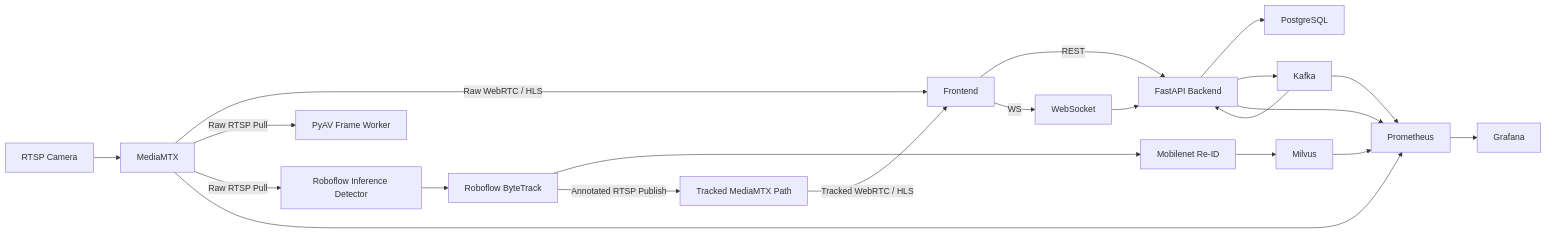
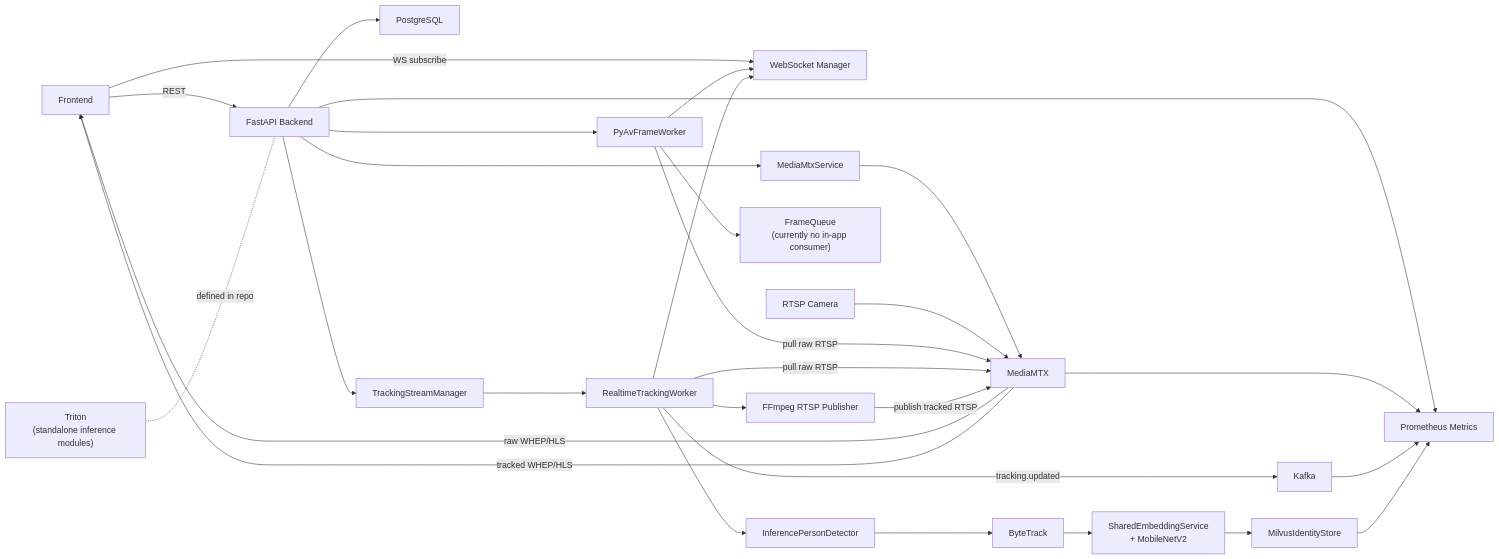
Before and after one commit to Premaramkarthik/Ai-Intelligence-Theft-Detection: the first of 4 diagrams in backend/README.md, drawn with Mermaid. The commit also changed other lines of this file, not shown here.

````diff
--- a/backend/README.md
+++ b/backend/README.md
@@ -42,41 +71,56 @@
 ```mermaid
 flowchart LR
-    Camera["RTSP Camera"]
     Frontend["Frontend"]
     API["FastAPI Backend"]
     DB["PostgreSQL"]
+    WS["WebSocket Manager"]
+    Kafka["Kafka"]
+    MediaMtxSvc["MediaMtxService"]
     MediaMTX["MediaMTX"]
-    Kafka["Kafka"]
-    WS["WebSocket"]
-    PyAV["PyAV Frame Worker"]
-    Detector["Roboflow Inference Detector"]
-    Tracker["Roboflow ByteTrack"]
-    ReID["Mobilenet Re-ID"]
-    Milvus["Milvus"]
-    Tracked["Tracked MediaMTX Path"]
-    Prom["Prometheus"]
-    Grafana["Grafana"]
+    Camera["RTSP Camera"]
+    RawWorker["PyAvFrameWorker"]
+    FrameQueue["FrameQueue<br/>(currently no in-app consumer)"]
+    TrackingMgr["TrackingStreamManager"]
+    TrackingWorker["RealtimeTrackingWorker"]
+    Detector["InferencePersonDetector"]
+    Tracker["ByteTrack"]
+    Embedder["SharedEmbeddingService<br/>+ MobileNetV2"]
+    Milvus["MilvusIdentityStore"]
+    FFmpeg["FFmpeg RTSP Publisher"]
+    Metrics["Prometheus Metrics"]
+    Triton["Triton<br/>(standalone inference modules)"]
 
     Frontend -->|REST| API
-    Frontend -->|WS| WS
-    WS --> API
+    Frontend -->|WS subscribe| WS
     API --> DB
-    API --> Kafka
-    Kafka --> API
+    API --> MediaMtxSvc
+    MediaMtxSvc --> MediaMTX
+    Camera --> MediaMTX
+    MediaMTX -->|raw WHEP/HLS| Frontend
 
-    Camera --> MediaMTX
-    MediaMTX -->|Raw WebRTC / HLS| Frontend
-    MediaMTX -->|Raw RTSP Pull| PyAV
-    MediaMTX -->|Raw RTSP Pull| Detector
+    API --> RawWorker
+    RawWorker -->|pull raw RTSP| MediaMTX
+    RawWorker --> FrameQueue
+    RawWorker --> WS
+
+    API --> TrackingMgr
+    TrackingMgr --> TrackingWorker
+    TrackingWorker -->|pull raw RTSP| MediaMTX
+    TrackingWorker --> Detector
     Detector --> Tracker
-    Tracker --> ReID
-    ReID --> Milvus
-    Tracker -->|Annotated RTSP Publish| Tracked
-    Tracked -->|Tracked WebRTC / HLS| Frontend
+    Tracker --> Embedder
+    Embedder --> Milvus
+    TrackingWorker --> FFmpeg
+    FFmpeg -->|publish tracked RTSP| MediaMTX
+    MediaMTX -->|tracked WHEP/HLS| Frontend
 
-    API --> Prom
-    MediaMTX --> Prom
-    Kafka --> Prom
-    Milvus --> Prom
-    Prom --> Grafana
+    TrackingWorker --> WS
+    TrackingWorker -->|tracking.updated| Kafka
+
+    API --> Metrics
+    MediaMTX --> Metrics
+    Kafka --> Metrics
+    Milvus --> Metrics
+
+    Triton -. defined in repo .- API
 ```
````
